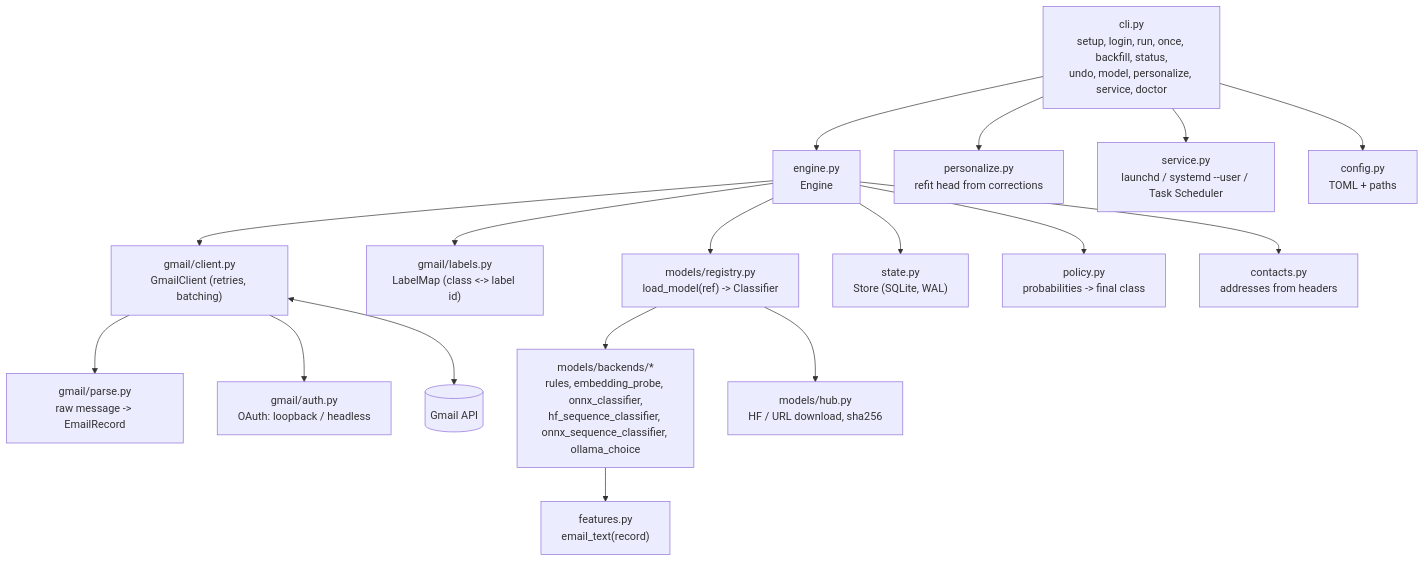
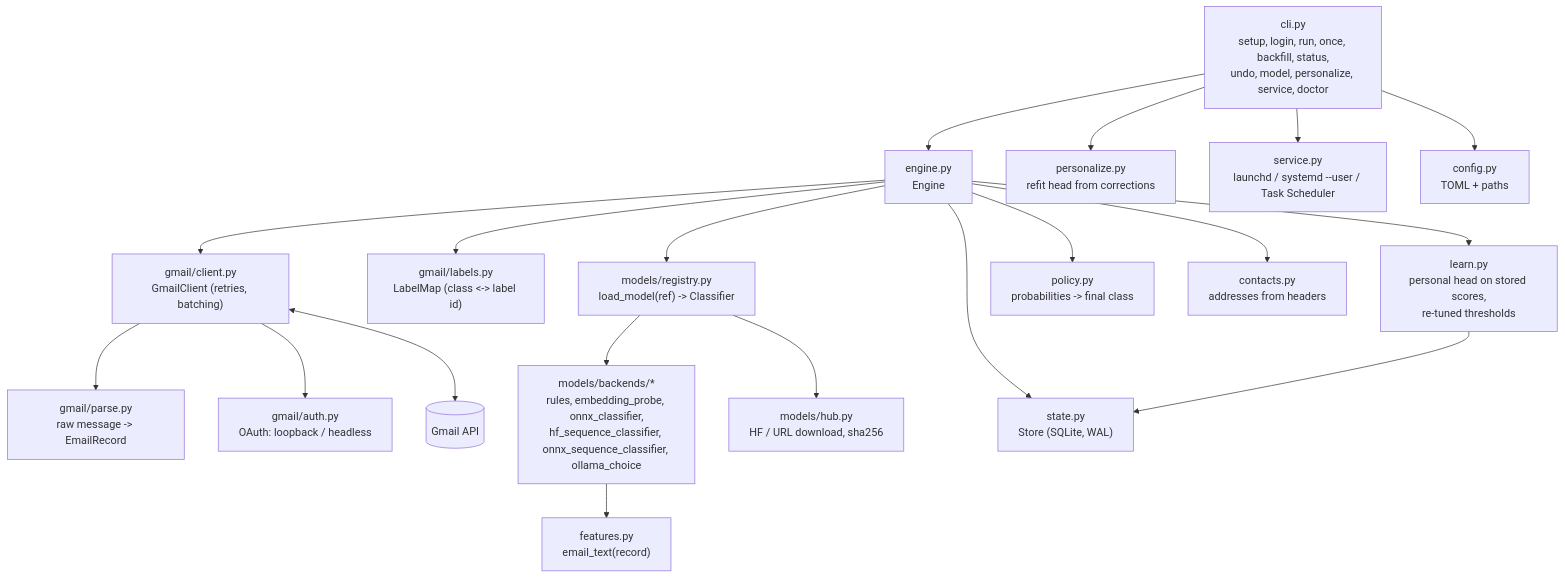
The first of 2 diagrams in docs/architecture.md (scamai/email-town-labeler), drawn with Mermaid before and after one commit. The commit also changed other lines of this file and 17 other files, not shown here.

First line of the commit message:
Learn from use for every model: personal head on stored scores, Town as teacher, re-tuned thresholds

````diff
--- a/docs/architecture.md
+++ b/docs/architecture.md
@@ -8,20 +8,22 @@
 ```mermaid
 flowchart TB
   cli["cli.py<br/>setup, login, run, once, backfill, status,<br/>undo, model, personalize, service, doctor"]
   cli --> eng["engine.py<br/>Engine"]
   eng --> gc["gmail/client.py<br/>GmailClient (retries, batching)"]
   eng --> lm["gmail/labels.py<br/>LabelMap (class <-> label id)"]
   eng --> mdl["models/registry.py<br/>load_model(ref) -> Classifier"]
   eng --> st["state.py<br/>Store (SQLite, WAL)"]
   eng --> pol["policy.py<br/>probabilities -> final class"]
   eng --> con["contacts.py<br/>addresses from headers"]
   gc --> parse["gmail/parse.py<br/>raw message -> EmailRecord"]
   gc --> auth["gmail/auth.py<br/>OAuth: loopback / headless"]
   mdl --> be["models/backends/*<br/>rules, embedding_probe, onnx_classifier,<br/>hf_sequence_classifier, onnx_sequence_classifier, ollama_choice"]
   mdl --> hub["models/hub.py<br/>HF / URL download, sha256"]
   be --> feat["features.py<br/>email_text(record)"]
+  eng --> lrn["learn.py<br/>personal head on stored scores,<br/>re-tuned thresholds"]
+  lrn --> st
   cli --> pers["personalize.py<br/>refit head from corrections"]
   cli --> svc["service.py<br/>launchd / systemd --user / Task Scheduler"]
   cli --> cfg["config.py<br/>TOML + paths"]
   gc <--> G[("Gmail API")]
 ```
````
